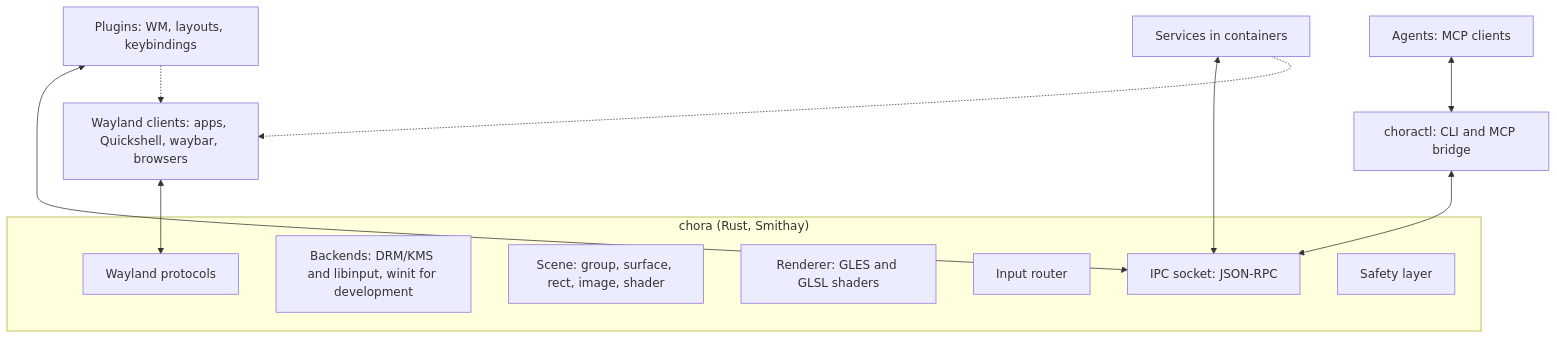
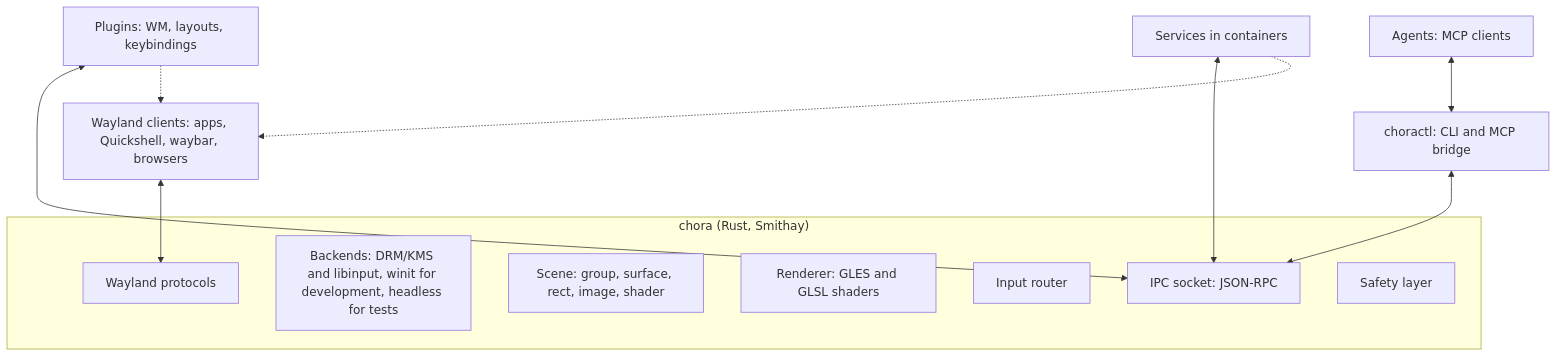
The first of 2 diagrams in docs/architecture.md (MArpogaus/chora), drawn with Mermaid before and after one commit. The commit also changed other lines of this file and 7 other files, not shown here.

````diff
--- a/docs/architecture.md
+++ b/docs/architecture.md
@@ -9,19 +9,19 @@
 ```mermaid
 flowchart TB
     subgraph core["chora (Rust, Smithay)"]
         protocols["Wayland protocols"]
-        backends["Backends: DRM/KMS and libinput, winit for development"]
+        backends["Backends: DRM/KMS and libinput, winit for development, headless for tests"]
         scene["Scene: group, surface, rect, image, shader"]
         render["Renderer: GLES and GLSL shaders"]
         input["Input router"]
         ipc["IPC socket: JSON-RPC"]
         safety["Safety layer"]
     end
     clients["Wayland clients: apps, Quickshell, waybar, browsers"] <--> protocols
     plugins["Plugins: WM, layouts, keybindings"] <--> ipc
     choractl["choractl: CLI and MCP bridge"] <--> ipc
     services["Services in containers"] <--> ipc
     agents["Agents: MCP clients"] <--> choractl
     services -.-> clients
     plugins -.-> clients
 ```
````
